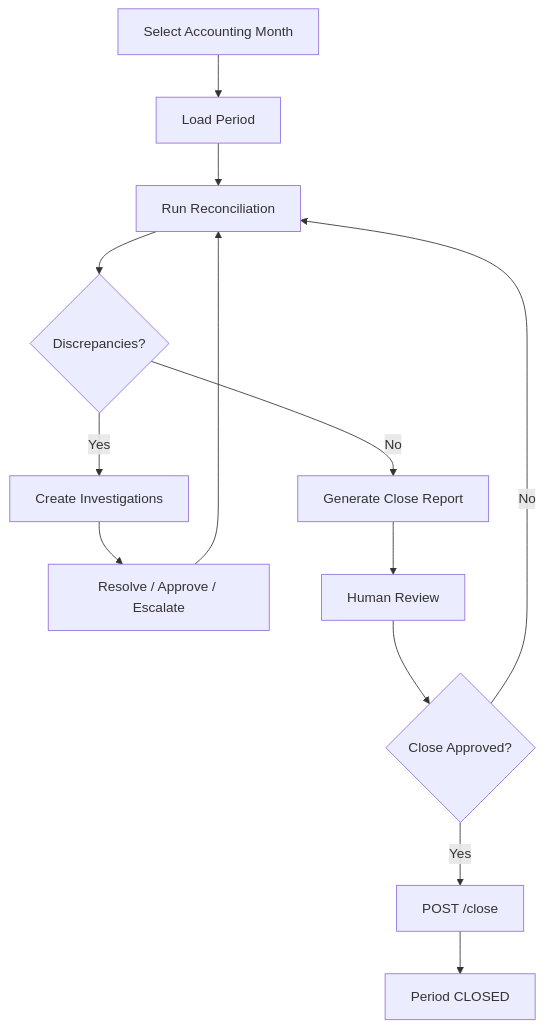
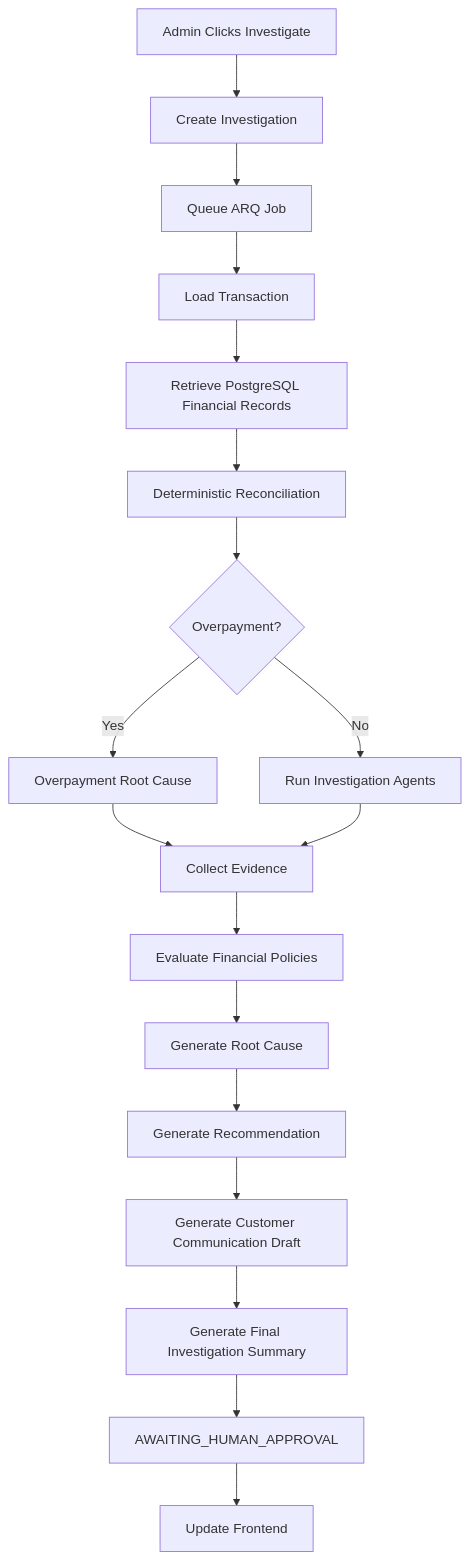
The fourth of 23 diagrams in README.md (ChibuezeWilly/AI-Powered-Financial-Close-System), drawn with Mermaid before and after one commit. The commit also changed other lines of this file and 28 other files, not shown here.

````diff
--- a/README.md
+++ b/README.md
@@ -639,29 +647,35 @@
 ```mermaid
-
 flowchart TD
 
-    A[Select Accounting Month] --> B[Load Period]
+    START[Admin Clicks Investigate]
 
-    B --> C[Run Reconciliation]
+    START --> CREATE[Create Investigation]
+    CREATE --> QUEUE[Queue ARQ Job]
+    QUEUE --> LOAD[Load Transaction]
 
-    C --> D{Discrepancies?}
+    LOAD --> SQL[Retrieve PostgreSQL Financial Records]
 
-    D -->|Yes| E[Create Investigations]
+    SQL --> RECON[Deterministic Reconciliation]
 
-    E --> F[Resolve / Approve / Escalate]
+    RECON --> OVERPAY{Overpayment?}
 
-    F --> C
+    OVERPAY -->|Yes| ROOT1[Overpayment Root Cause]
+    OVERPAY -->|No| AGENTS[Run Investigation Agents]
 
-    D -->|No| G[Generate Close Report]
+    ROOT1 --> EVIDENCE[Collect Evidence]
+    AGENTS --> EVIDENCE
 
-    G --> H[Human Review]
+    EVIDENCE --> POLICY[Evaluate Financial Policies]
 
-    H --> I{Close Approved?}
+    POLICY --> ROOT[Generate Root Cause]
 
-    I -->|No| C
+    ROOT --> RECOMMEND[Generate Recommendation]
 
-    I -->|Yes| J[POST /close]
+    RECOMMEND --> CUSTOMER[Generate Customer Communication Draft]
 
-    J --> K[Period CLOSED]
+    CUSTOMER --> SUMMARY[Generate Final Investigation Summary]
 
+    SUMMARY --> HUMAN[AWAITING_HUMAN_APPROVAL]
+
+    HUMAN --> UI[Update Frontend]
 ```
````
